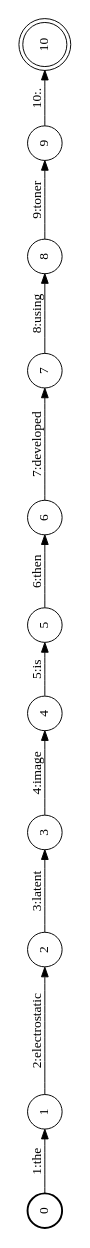
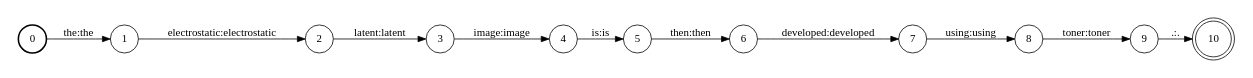
Before and after one commit to pepijnkokke/UvA-MT2-PBT: the diagram in out/task1/dev.en.4.dot, drawn with Graphviz. The commit also changed 74 other files, not shown here.

```diff
--- a/out/task1/dev.en.4.dot
+++ b/out/task1/dev.en.4.dot
@@ -1,30 +1,30 @@
 digraph FST {
 rankdir = LR;
 size = "8.5,11";
 label = "";
 center = 1;
-orientation = Landscape;
+orientation = Portrait;
 ranksep = "0.4";
 nodesep = "0.25";
 0 [label = "0", shape = circle, style = bold, fontsize = 14]
-	0 -> 1 [label = "1:the", fontsize = 14];
+	0 -> 1 [label = "the:the", fontsize = 14];
 1 [label = "1", shape = circle, style = solid, fontsize = 14]
-	1 -> 2 [label = "2:electrostatic", fontsize = 14];
+	1 -> 2 [label = "electrostatic:electrostatic", fontsize = 14];
 2 [label = "2", shape = circle, style = solid, fontsize = 14]
-	2 -> 3 [label = "3:latent", fontsize = 14];
+	2 -> 3 [label = "latent:latent", fontsize = 14];
 3 [label = "3", shape = circle, style = solid, fontsize = 14]
-	3 -> 4 [label = "4:image", fontsize = 14];
+	3 -> 4 [label = "image:image", fontsize = 14];
 4 [label = "4", shape = circle, style = solid, fontsize = 14]
-	4 -> 5 [label = "5:is", fontsize = 14];
+	4 -> 5 [label = "is:is", fontsize = 14];
 5 [label = "5", shape = circle, style = solid, fontsize = 14]
-	5 -> 6 [label = "6:then", fontsize = 14];
+	5 -> 6 [label = "then:then", fontsize = 14];
 6 [label = "6", shape = circle, style = solid, fontsize = 14]
-	6 -> 7 [label = "7:developed", fontsize = 14];
+	6 -> 7 [label = "developed:developed", fontsize = 14];
 7 [label = "7", shape = circle, style = solid, fontsize = 14]
-	7 -> 8 [label = "8:using", fontsize = 14];
+	7 -> 8 [label = "using:using", fontsize = 14];
 8 [label = "8", shape = circle, style = solid, fontsize = 14]
-	8 -> 9 [label = "9:toner", fontsize = 14];
+	8 -> 9 [label = "toner:toner", fontsize = 14];
 9 [label = "9", shape = circle, style = solid, fontsize = 14]
-	9 -> 10 [label = "10:.", fontsize = 14];
+	9 -> 10 [label = ".:.", fontsize = 14];
 10 [label = "10", shape = doublecircle, style = solid, fontsize = 14]
 }
```
